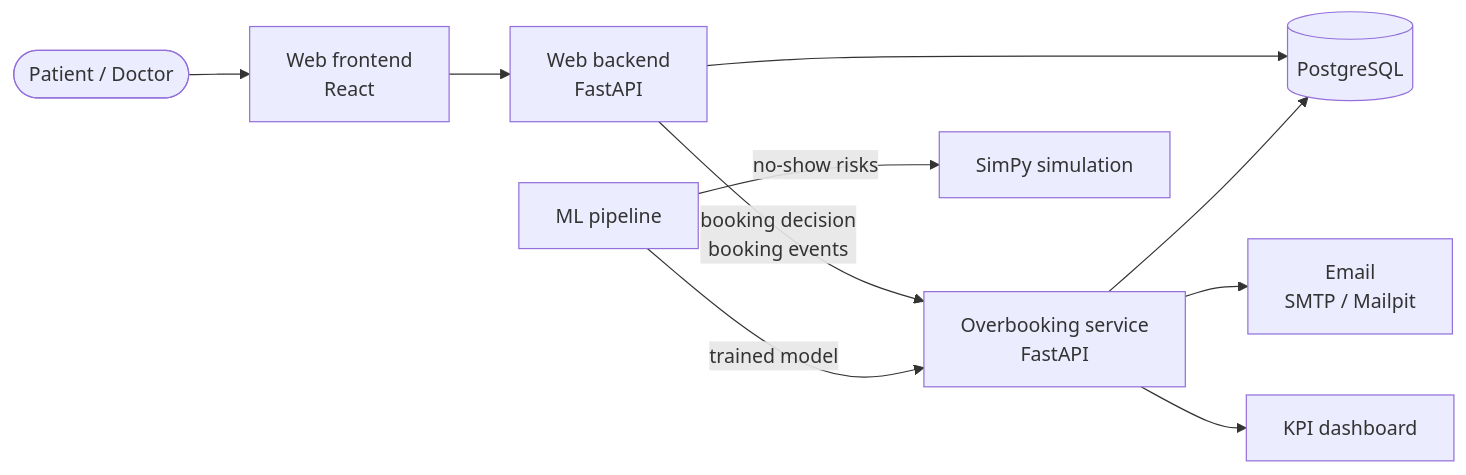
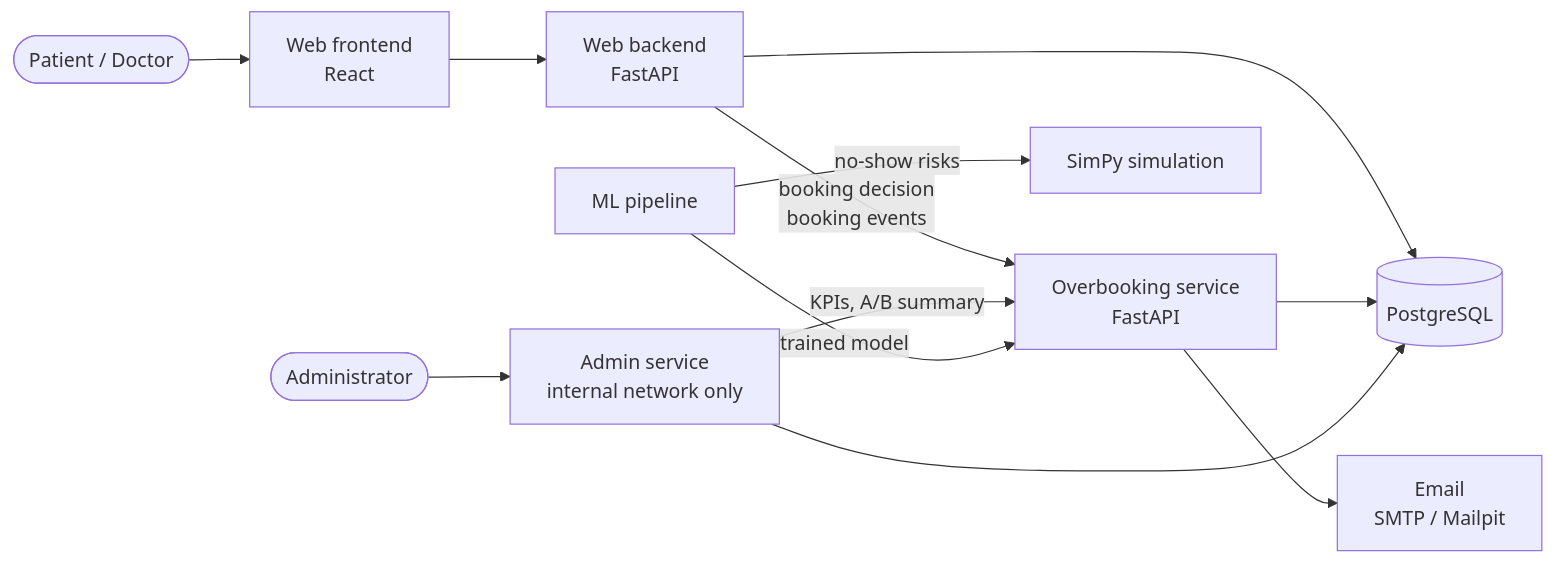
One commit to cnrasili/noshow-smart-scheduling changed the diagram in README.md. Above: the diagram before and after it, drawn with Mermaid. The commit also changed other lines of this file and 45 other files, not shown here.

Commit message:
feat: Add the admin service with secure login and the KPI screen

````diff
--- a/README.md
+++ b/README.md
@@ -56,12 +56,14 @@
 ```mermaid
 flowchart LR
     U([Patient / Doctor]) --> FE[Web frontend<br/>React]
+    A([Administrator]) --> ADM
     FE --> BE[Web backend<br/>FastAPI]
     BE -->|booking decision<br/>booking events| OS[Overbooking service<br/>FastAPI]
     BE --> DB[(PostgreSQL)]
     OS --> DB
     OS --> MAIL[Email<br/>SMTP / Mailpit]
-    OS --> DASH[KPI dashboard]
+    ADM[Admin service<br/>internal network only] -->|KPIs, A/B summary| OS
+    ADM --> DB
     ML[ML pipeline] -->|trained model| OS
     ML -->|no-show risks| SIM[SimPy simulation]
 ```
````
